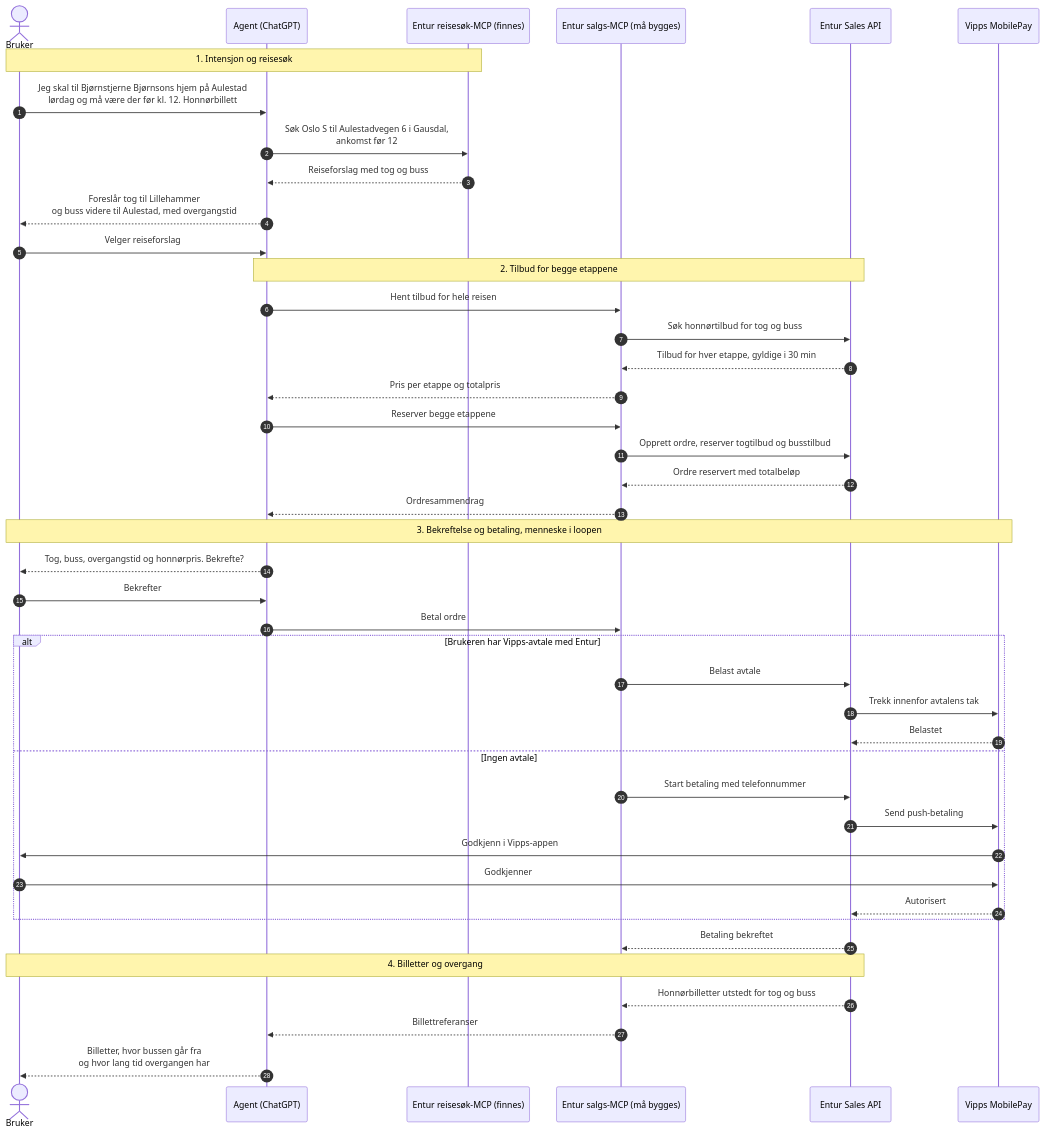
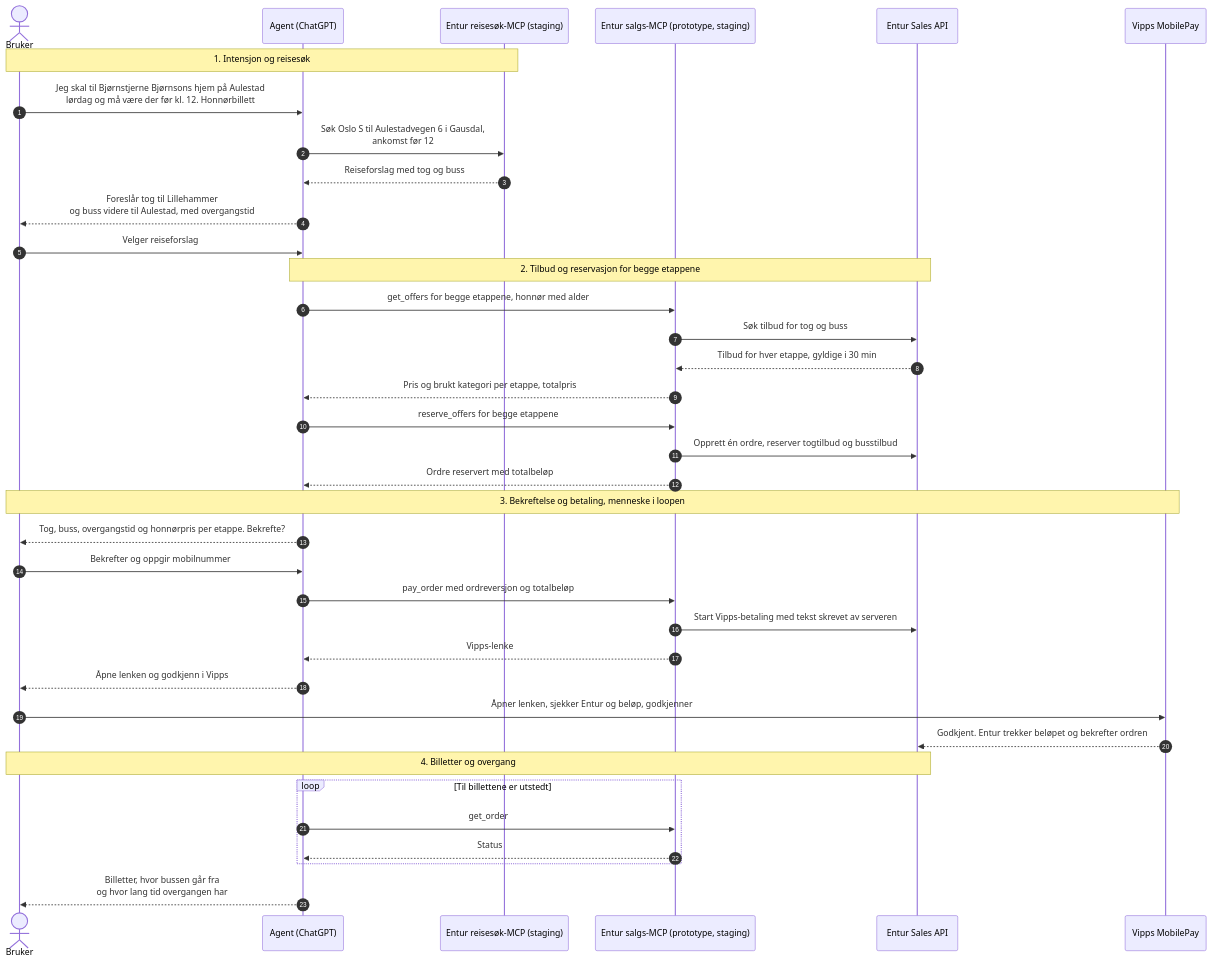
One commit to entur/agentisk-betaling changed the diagram in brukerflyt/lillehammer-flyt.mmd. Above: the diagram before and after it, drawn with Mermaid. The commit also changed 11 other files, not shown here.

First line of the commit message:
Oppdater brukerflyten til salgs-MCP-prototypen (#2)

```diff
--- a/brukerflyt/lillehammer-flyt.mmd
+++ b/brukerflyt/lillehammer-flyt.mmd
@@ -1,47 +1,41 @@
 sequenceDiagram
     autonumber
     actor B as Bruker
     participant A as Agent (ChatGPT)
-    participant R as Entur reisesøk-MCP (finnes)
-    participant S as Entur salgs-MCP (må bygges)
+    participant R as Entur reisesøk-MCP (staging)
+    participant S as Entur salgs-MCP (prototype, staging)
     participant API as Entur Sales API
     participant V as Vipps MobilePay
 
     Note over B,R: 1. Intensjon og reisesøk
     B->>A: Jeg skal til Bjørnstjerne Bjørnsons hjem på Aulestad<br/>lørdag og må være der før kl. 12. Honnørbillett
     A->>R: Søk Oslo S til Aulestadvegen 6 i Gausdal,<br/>ankomst før 12
     R-->>A: Reiseforslag med tog og buss
     A-->>B: Foreslår tog til Lillehammer<br/>og buss videre til Aulestad, med overgangstid
     B->>A: Velger reiseforslag
 
-    Note over A,API: 2. Tilbud for begge etappene
-    A->>S: Hent tilbud for hele reisen
-    S->>API: Søk honnørtilbud for tog og buss
+    Note over A,API: 2. Tilbud og reservasjon for begge etappene
+    A->>S: get_offers for begge etappene, honnør med alder
+    S->>API: Søk tilbud for tog og buss
     API-->>S: Tilbud for hver etappe, gyldige i 30 min
-    S-->>A: Pris per etappe og totalpris
-    A->>S: Reserver begge etappene
-    S->>API: Opprett ordre, reserver togtilbud og busstilbud
-    API-->>S: Ordre reservert med totalbeløp
-    S-->>A: Ordresammendrag
+    S-->>A: Pris og brukt kategori per etappe, totalpris
+    A->>S: reserve_offers for begge etappene
+    S->>API: Opprett én ordre, reserver togtilbud og busstilbud
+    S-->>A: Ordre reservert med totalbeløp
 
     Note over B,V: 3. Bekreftelse og betaling, menneske i loopen
-    A-->>B: Tog, buss, overgangstid og honnørpris. Bekrefte?
-    B->>A: Bekrefter
-    A->>S: Betal ordre
-    alt Brukeren har Vipps-avtale med Entur
-        S->>API: Belast avtale
-        API->>V: Trekk innenfor avtalens tak
-        V-->>API: Belastet
-    else Ingen avtale
-        S->>API: Start betaling med telefonnummer
-        API->>V: Send push-betaling
-        V->>B: Godkjenn i Vipps-appen
-        B->>V: Godkjenner
-        V-->>API: Autorisert
-    end
-    API-->>S: Betaling bekreftet
+    A-->>B: Tog, buss, overgangstid og honnørpris per etappe. Bekrefte?
+    B->>A: Bekrefter og oppgir mobilnummer
+    A->>S: pay_order med ordreversjon og totalbeløp
+    S->>API: Start Vipps-betaling med tekst skrevet av serveren
+    S-->>A: Vipps-lenke
+    A-->>B: Åpne lenken og godkjenn i Vipps
+    B->>V: Åpner lenken, sjekker Entur og beløp, godkjenner
+    V-->>API: Godkjent. Entur trekker beløpet og bekrefter ordren
 
     Note over B,API: 4. Billetter og overgang
-    API-->>S: Honnørbilletter utstedt for tog og buss
-    S-->>A: Billettreferanser
+    loop Til billettene er utstedt
+        A->>S: get_order
+        S-->>A: Status
+    end
     A-->>B: Billetter, hvor bussen går fra<br/>og hvor lang tid overgangen har
```
